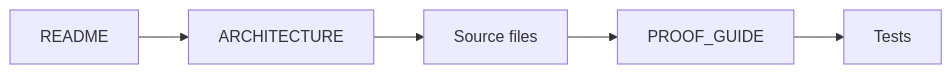
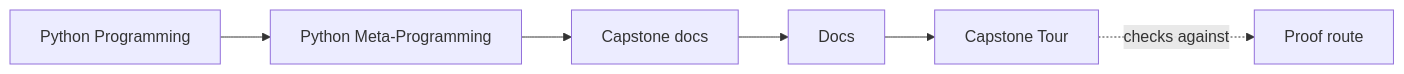
The first of 2 diagrams in programs/python-programming/python-meta-programming/capstone/docs/tour.md (bijux/bijux-masterclass), drawn with Mermaid before and after one commit. The commit also changed other lines of this file and 91 other files, not shown here.

Commit message:
docs(python-meta-programming): map advanced runtime and capstone surfaces

````diff
--- a/programs/python-programming/python-meta-programming/capstone/docs/tour.md
+++ b/programs/python-programming/python-meta-programming/capstone/docs/tour.md
@@ -6,10 +6,12 @@
 ```mermaid
 graph LR
-  readme["README"]
-  architecture["ARCHITECTURE"]
-  source["Source files"]
-  proof["PROOF_GUIDE"]
-  tests["Tests"]
+  family["Python Programming"]
+  program["Python Meta-Programming"]
+  guide["Capstone docs"]
+  section["Docs"]
+  page["Capstone Tour"]
+  proof["Proof route"]
 
-  readme --> architecture --> source --> proof --> tests
+  family --> program --> guide --> section --> page
+  page -.checks against.-> proof
 ```
````
